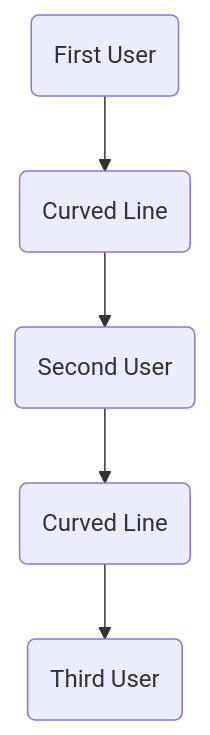
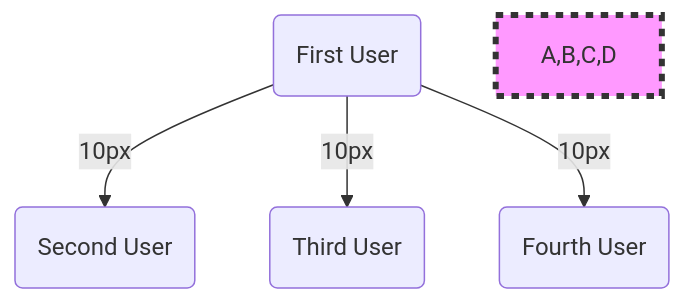
Before and after one commit to aiamlucas/polysemy: the diagram in server/README.md, drawn with Mermaid.

Commit message:
server readme.me - graphic representation with mermaid

````diff
--- a/server/README.md
+++ b/server/README.md
@@ -51,9 +51,10 @@
 ```mermaid
 graph TD;
-    A(First User)-->B(Curved Line);
-    B-->C(Second User);
-    C-->D(Curved Line);
-    D-->E(Third User);
+    A(First User) --> |10px| B(Second User);
+    A --> |10px| C(Third User);
+    A --> |10px| D(Fourth User);
+
+    style A,B,C,D fill:#f9f,stroke:#333,stroke-width:4px,stroke-dasharray: 5 5;
 
 
 ```
````
